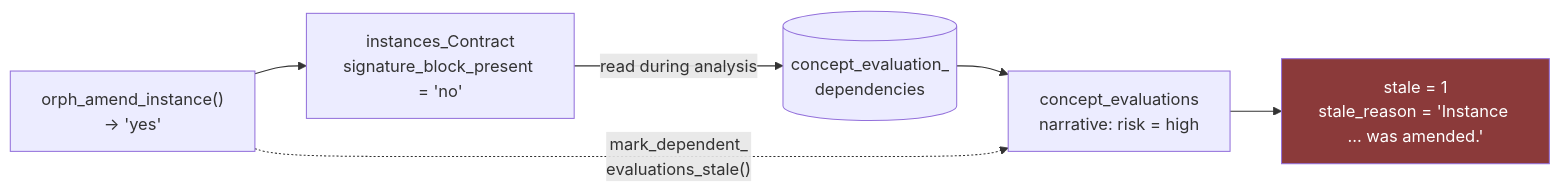
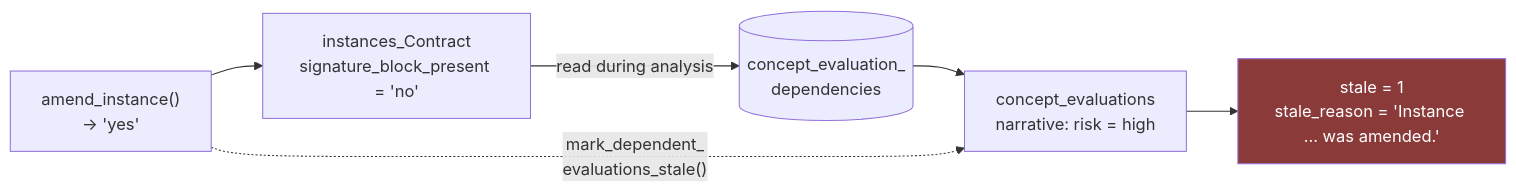
The second of 2 diagrams in docs/provenance-and-amendment.md (CathalByrneGit/Orpheus), drawn with Mermaid before and after one commit. The commit also changed other lines of this file and 18 other files, not shown here.

````diff
--- a/docs/provenance-and-amendment.md
+++ b/docs/provenance-and-amendment.md
@@ -178,16 +185,16 @@
 ```mermaid
 flowchart LR
   I["instances_Contract<br/>signature_block_present = 'no'"]
   E["concept_evaluations<br/>narrative: risk = high"]
   D[("concept_evaluation_<br/>dependencies")]
 
   I -->|"read during analysis"| D
   D --> E
 
-  A["orph_amend_instance()<br/>→ 'yes'"] --> I
+  A["amend_instance()<br/>→ 'yes'"] --> I
   A -.->|"mark_dependent_<br/>evaluations_stale()"| E
 
   E --> S["stale = 1<br/>stale_reason = 'Instance … was amended.'"]
 
   style S fill:#8b3a3a,color:#fff
 ```
````
